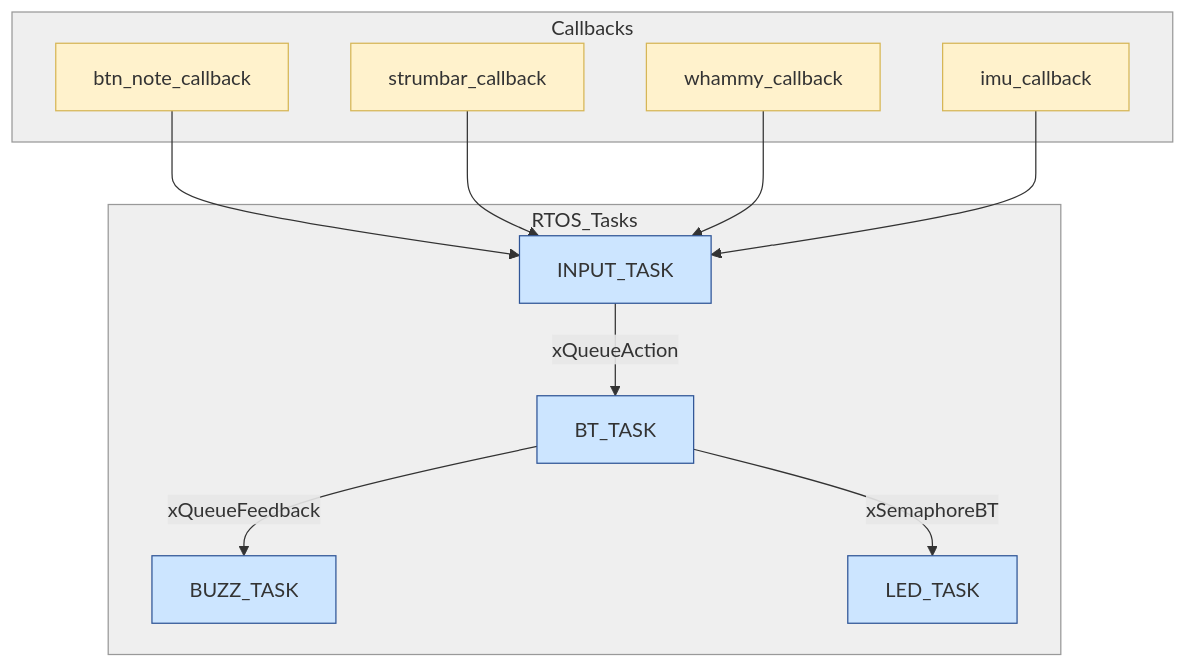
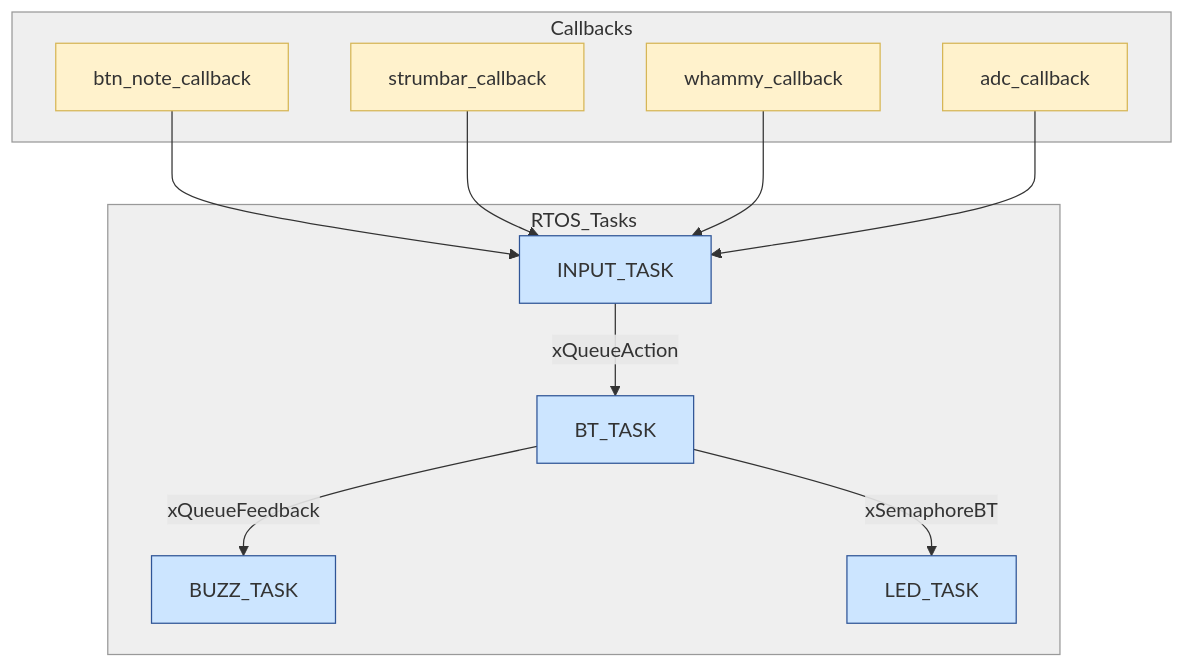
The diagram in README.md (insper-classroom/25a-emb-aps-2-m-j-interactive-games), drawn with Mermaid before and after one commit. The commit also changed other lines of this file and 1 other file, not shown here.

Commit message:
teste código diagrama 6

````diff
--- a/README.md
+++ b/README.md
@@ -36,29 +36,29 @@
 ```mermaid
 flowchart TB
     subgraph Callbacks
     A[btn_note_callback]
     B[strumbar_callback]
     C[whammy_callback]
-    D[imu_callback]
+    D[adc_callback]
     end
 
     A --> INPUT_TASK
     B --> INPUT_TASK
     C --> INPUT_TASK
     D --> INPUT_TASK
 
     subgraph RTOS_Tasks
     INPUT_TASK -->|xQueueAction| BT_TASK
     BT_TASK -->|xQueueFeedback| BUZZ_TASK
     BT_TASK -->|xSemaphoreBT| LED_TASK
     end
 
     style Callbacks fill:#EFEFEF,stroke:#999,stroke-width:1px
     style RTOS_Tasks fill:#EFEFEF,stroke:#999,stroke-width:1px
 
     classDef task fill:#CCE5FF,stroke:#2F5597,stroke-width:1px
     classDef callback fill:#FFF2CC,stroke:#D6B656,stroke-width:1px
 
     class A,B,C,D callback
     class INPUT_TASK,BT_TASK,BUZZ_TASK,LED_TASK task
 ```
````
